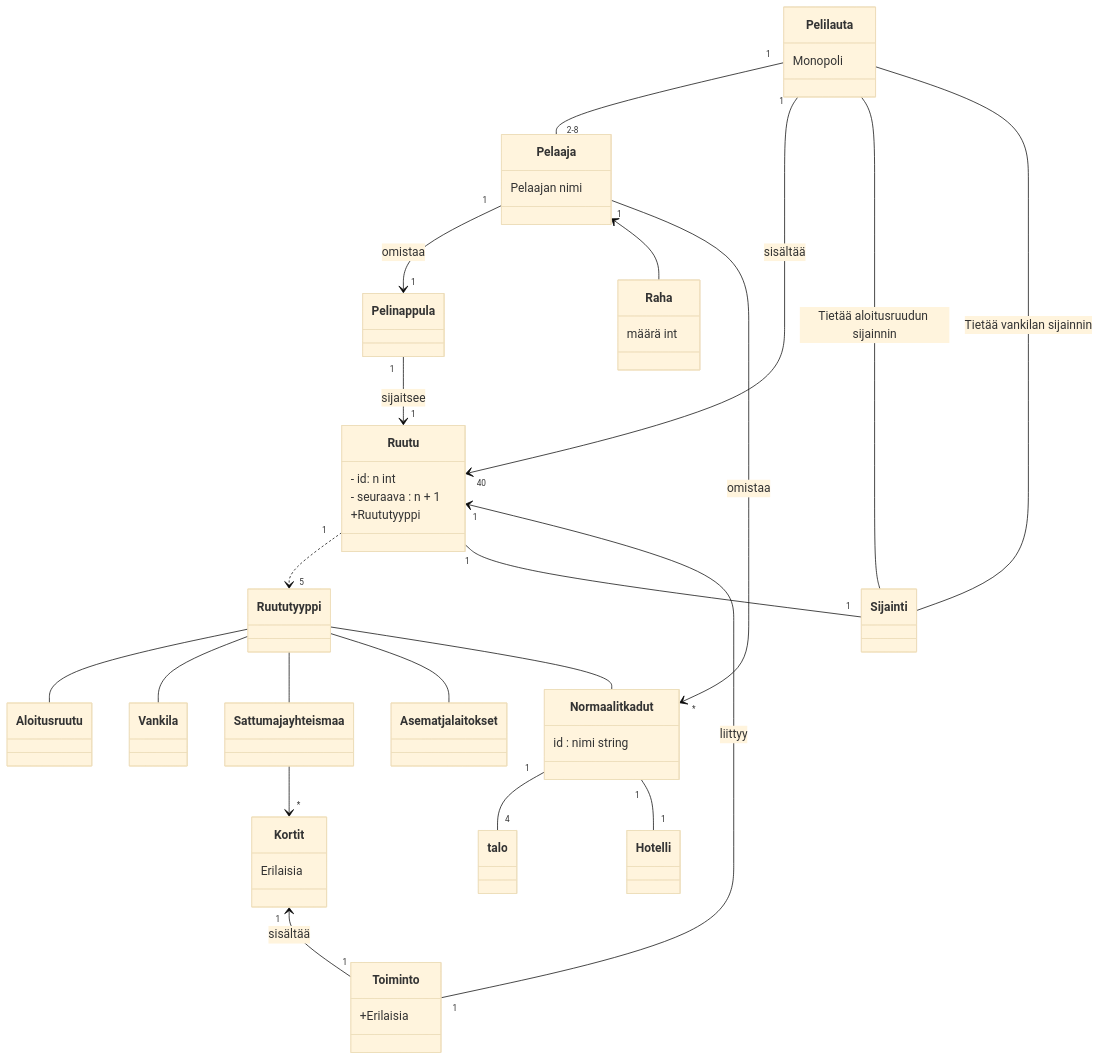
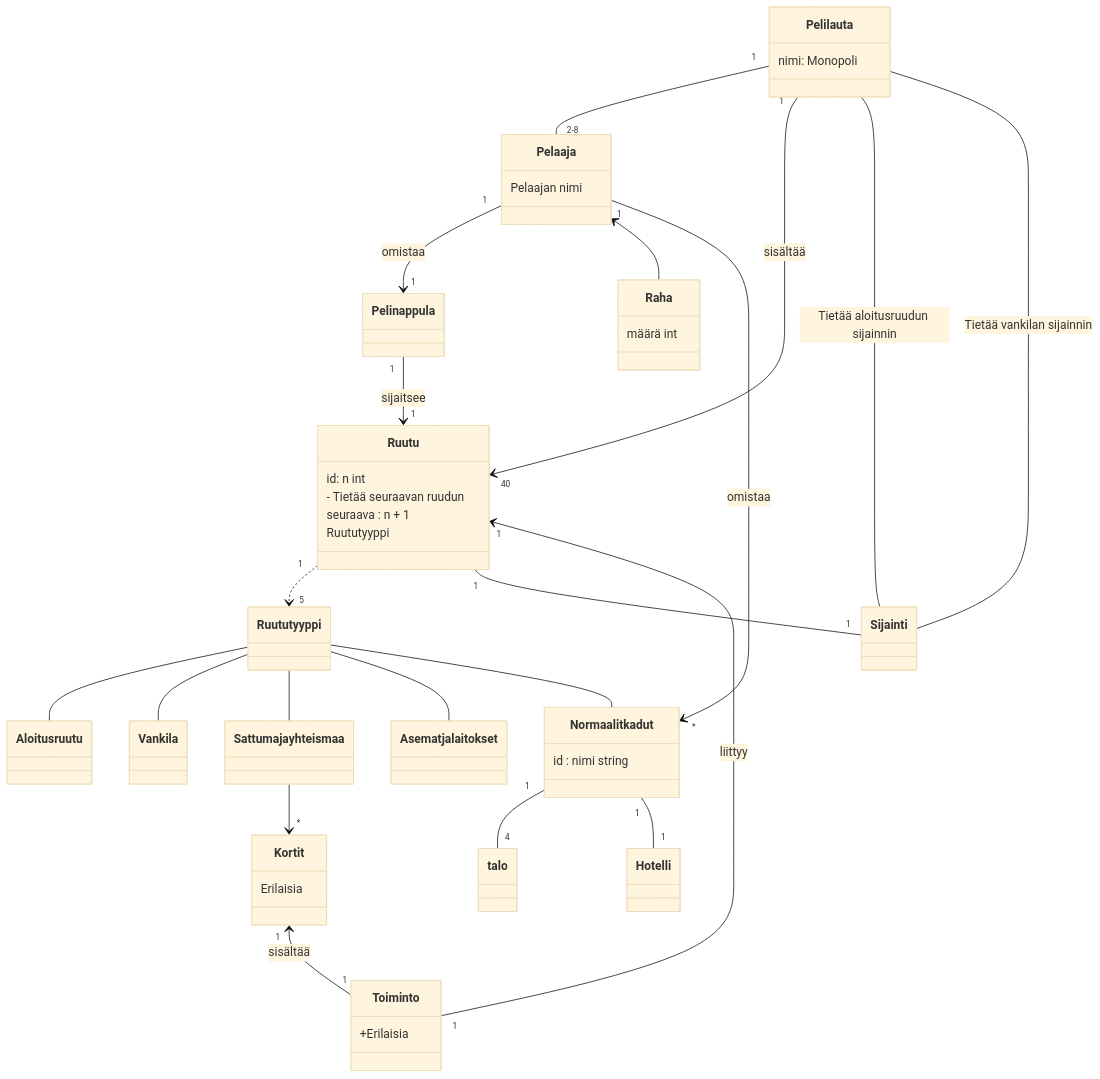
One commit to brotholi/ot-harjoitustyo changed the diagram in laskarit/viikko3/monopoli.md. Above: the diagram before and after it, drawn with Mermaid (base theme).

````diff
--- a/laskarit/viikko3/monopoli.md
+++ b/laskarit/viikko3/monopoli.md
@@ -1,81 +1,82 @@
 ```mermaid
  classDiagram
     
     
     class Pelaaja {
         Pelaajan nimi
     }
 
     class Pelilauta {
-     Monopoli 
+     nimi: Monopoli 
     }
     
     
     class Ruutu {
-    - id: n int
-    - seuraava : n + 1
-     +Ruututyyppi 
+    id: n int
+    - Tietää seuraavan ruudun
+    seuraava : n + 1
+    Ruututyyppi 
     
     }
     
     
 
     class Normaalit kadut {
     id : nimi string
     }
          
     class Pelinappula {
     }
     
     class Toiminto {
     +Erilaisia
     }
     
     class Kortit {
     Erilaisia
     
     }
     
     class Raha {
     määrä int
     }
     
 
     Pelilauta "1" -- "2-8" Pelaaja
 
     Pelaaja "1" --> "1" Pelinappula : omistaa
     Pelilauta "1" --> "40" Ruutu : sisältää
     Pelinappula "1" --> "1" Ruutu : sijaitsee
 
     Ruutu "1" ..> "5" Ruututyyppi 
     
     Ruututyyppi -- Aloitusruutu
     Ruututyyppi -- Vankila
     Ruututyyppi -- Sattuma ja yhteismaa
     Ruututyyppi -- Asemat ja laitokset
     Ruututyyppi -- Normaalit kadut
 
 
     Sattuma ja yhteismaa --> "*" Kortit
     
     Ruutu "1" -- "1" Sijainti
     
     Pelilauta -- Sijainti : Tietää aloitusruudun sijainnin
     Pelilauta -- Sijainti : Tietää vankilan sijainnin
     
     Ruutu "1" <-- "1" Toiminto : liittyy
     
     Kortit "1" <-- "1" Toiminto : sisältää
     
     Pelaaja <-- Raha
     
     Normaalit kadut "1" -- "4" talo
     Normaalit kadut "1" -- "1" Hotelli
     
     Pelaaja "1" --> "*" Normaalit kadut : omistaa
     
     
 
 
     
 ```
````
